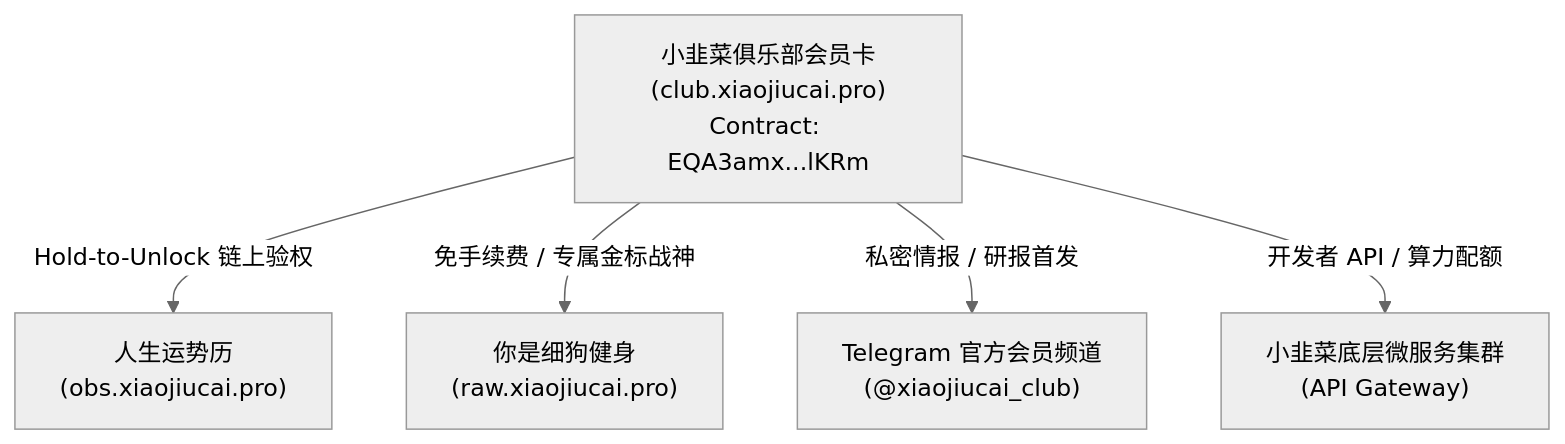
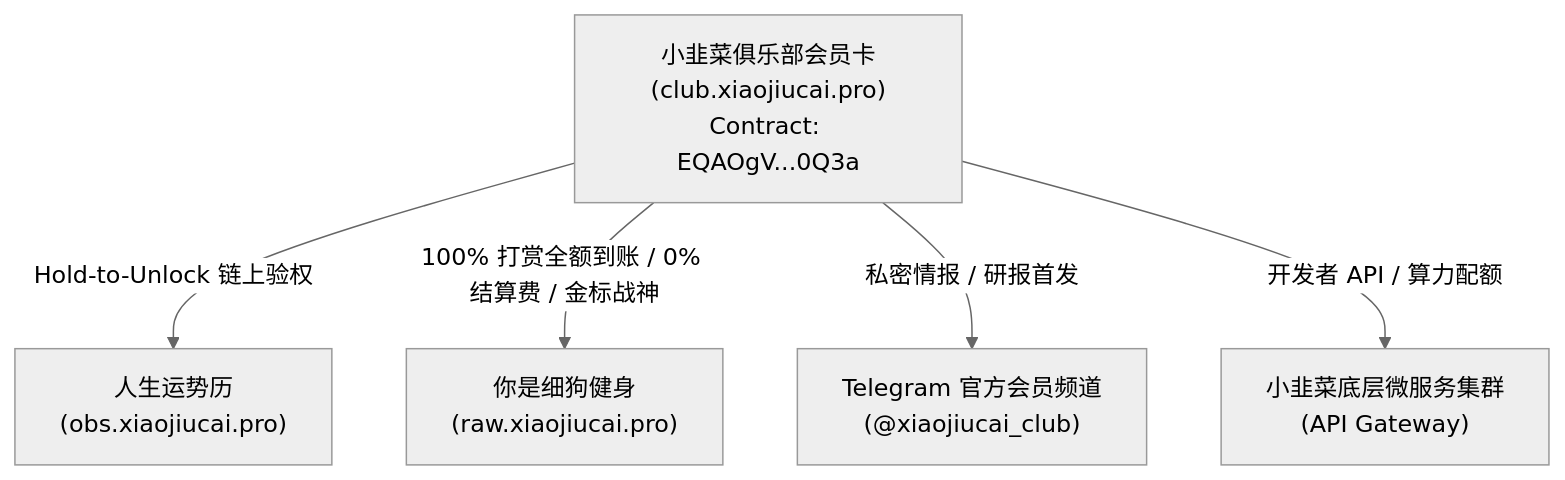
Before and after one commit to abei1121/niuma4: the first of 2 diagrams in wiki/小韭菜俱乐部会员卡全栈架构与产品白皮书.md, drawn with Mermaid (neutral theme). The commit also changed other lines of this file and 2 other files, not shown here.

Commit message:
docs(wiki): record HallOfFameRegistry 2.0 deployment, W5 ops, and dual-track tipping architecture

````diff
--- a/wiki/小韭菜俱乐部会员卡全栈架构与产品白皮书.md
+++ b/wiki/小韭菜俱乐部会员卡全栈架构与产品白皮书.md
@@ -29,7 +29,7 @@
 ```mermaid
 graph TD
-    A["小韭菜俱乐部会员卡<br/>(club.xiaojiucai.pro)<br/>Contract: EQA3amx...lKRm"] -->|Hold-to-Unlock 链上验权| B["人生运势历<br/>(obs.xiaojiucai.pro)"]
-    A -->|免手续费 / 专属金标战神| C["你是细狗健身<br/>(raw.xiaojiucai.pro)"]
+    A["小韭菜俱乐部会员卡<br/>(club.xiaojiucai.pro)<br/>Contract: EQAOgV...0Q3a"] -->|Hold-to-Unlock 链上验权| B["人生运势历<br/>(obs.xiaojiucai.pro)"]
+    A -->|100% 打赏全额到账 / 0% 结算费 / 金标战神| C["你是细狗健身<br/>(raw.xiaojiucai.pro)"]
     A -->|私密情报 / 研报首发| D["Telegram 官方会员频道<br/>(@xiaojiucai_club)"]
     A -->|开发者 API / 算力配额| E["小韭菜底层微服务集群<br/>(API Gateway)"]
 ```
````
